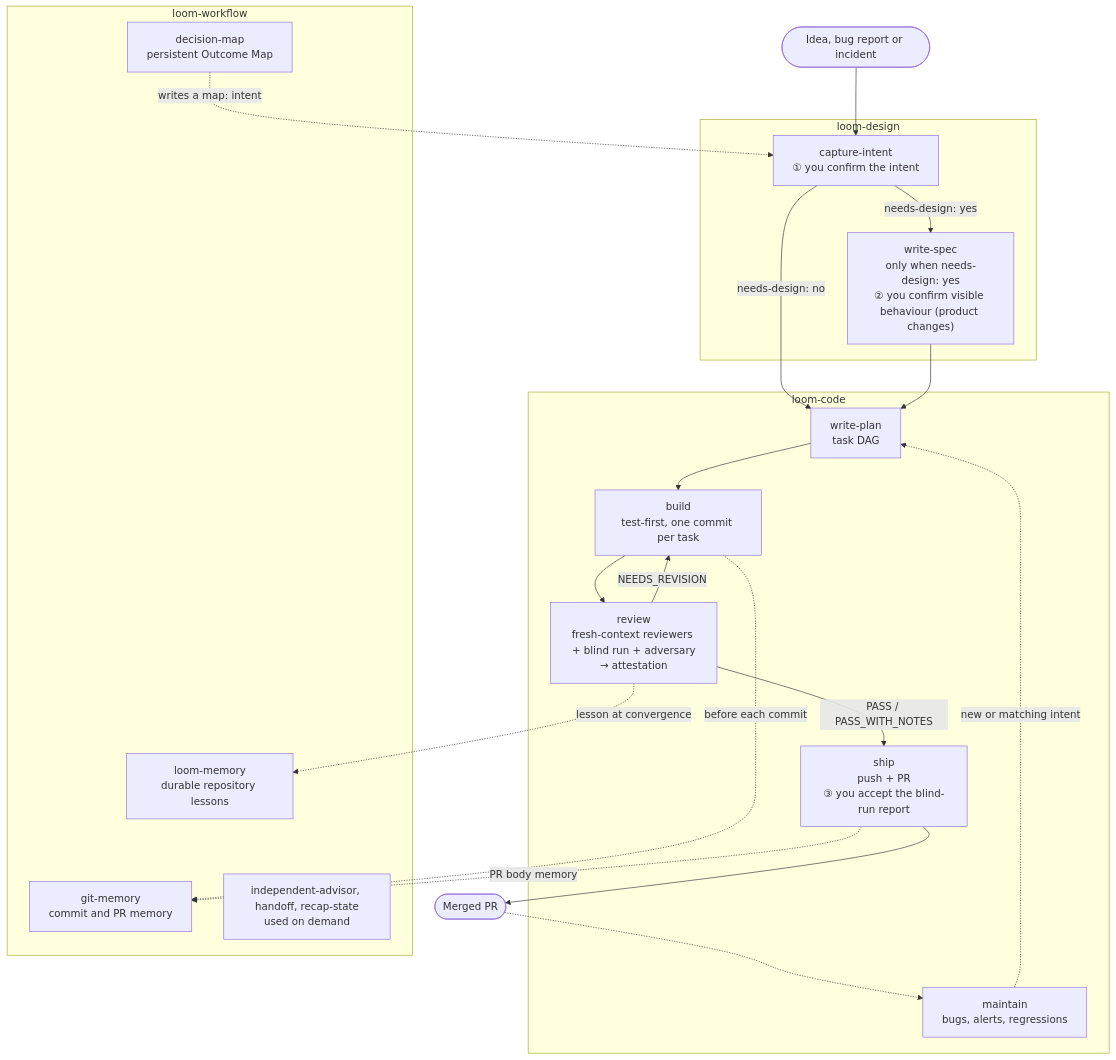
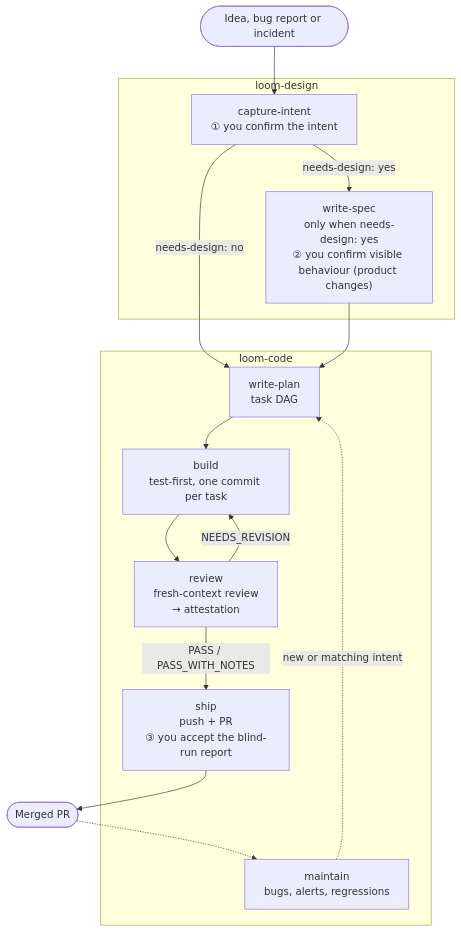
The diagram in README.md (kouko/loom-plugins), drawn with Mermaid before and after one commit. The commit also changed other lines of this file, not shown here.

First line of the commit message:
docs(repo): split workflow tools out of flow diagram

````diff
--- a/README.md
+++ b/README.md
@@ -25,43 +25,31 @@
 ```mermaid
 flowchart TD
     idea(["Idea, bug report or incident"])
 
     subgraph design["loom-design"]
         intent["capture-intent<br/>① you confirm the intent"]
         spec["write-spec<br/>only when needs-design: yes<br/>② you confirm visible behaviour (product changes)"]
     end
 
     subgraph code["loom-code"]
         plan["write-plan<br/>task DAG"]
         build["build<br/>test-first, one commit per task"]
-        review["review<br/>fresh-context reviewers + blind run + adversary<br/>→ attestation"]
+        review["review<br/>fresh-context review<br/>→ attestation"]
         ship["ship<br/>push + PR<br/>③ you accept the blind-run report"]
         maintain["maintain<br/>bugs, alerts, regressions"]
-    end
-
-    subgraph workflow["loom-workflow"]
-        dmap["decision-map<br/>persistent Outcome Map"]
-        gitmem["git-memory<br/>commit and PR memory"]
-        loommem["loom-memory<br/>durable repository lessons"]
-        aside["independent-advisor, handoff, recap-state<br/>used on demand"]
     end
 
     merged(["Merged PR"])
 
     idea --> intent
     intent -->|"needs-design: yes"| spec
     intent -->|"needs-design: no"| plan
     spec --> plan
     plan --> build
     build --> review
     review -->|"NEEDS_REVISION"| build
     review -->|"PASS / PASS_WITH_NOTES"| ship
     ship --> merged
     merged -.-> maintain
     maintain -.->|"new or matching intent"| plan
-
-    dmap -.->|"writes a map: intent"| intent
-    build -.->|"before each commit"| gitmem
-    ship -.->|"PR body memory"| gitmem
-    review -.->|"lesson at convergence"| loommem
 ```
````
